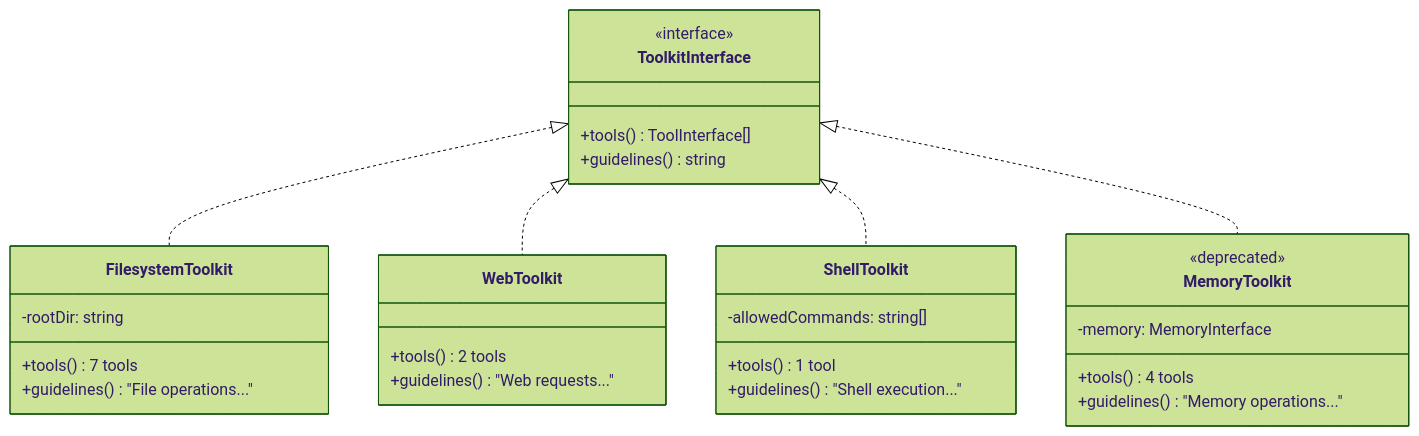
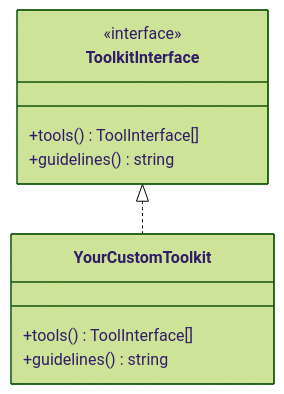
One commit to carmelosantana/php-agents changed the second of 2 diagrams in docs/TOOLS-AND-TOOLKITS.md. Above: the diagram before and after it, drawn with Mermaid (forest theme). The commit also changed other lines of this file and 16 other files, not shown here.

````diff
--- a/docs/TOOLS-AND-TOOLKITS.md
+++ b/docs/TOOLS-AND-TOOLKITS.md
@@ -215,37 +217,15 @@
 ```mermaid
 classDiagram
     class ToolkitInterface {
         <<interface>>
         +tools() ToolInterface[]
         +guidelines() string
     }
 
-    class FilesystemToolkit {
-        -rootDir: string
-        +tools() 7 tools
-        +guidelines() "File operations..."
+    class YourCustomToolkit {
+        +tools() ToolInterface[]
+        +guidelines() string
     }
 
-    class WebToolkit {
-        +tools() 2 tools
-        +guidelines() "Web requests..."
-    }
-
-    class ShellToolkit {
-        -allowedCommands: string[]
-        +tools() 1 tool
-        +guidelines() "Shell execution..."
-    }
-
-    class MemoryToolkit {
-        <<deprecated>>
-        -memory: MemoryInterface
-        +tools() 4 tools
-        +guidelines() "Memory operations..."
-    }
-
-    ToolkitInterface <|.. FilesystemToolkit
-    ToolkitInterface <|.. WebToolkit
-    ToolkitInterface <|.. ShellToolkit
-    ToolkitInterface <|.. MemoryToolkit
+    ToolkitInterface <|.. YourCustomToolkit
 ```
````
